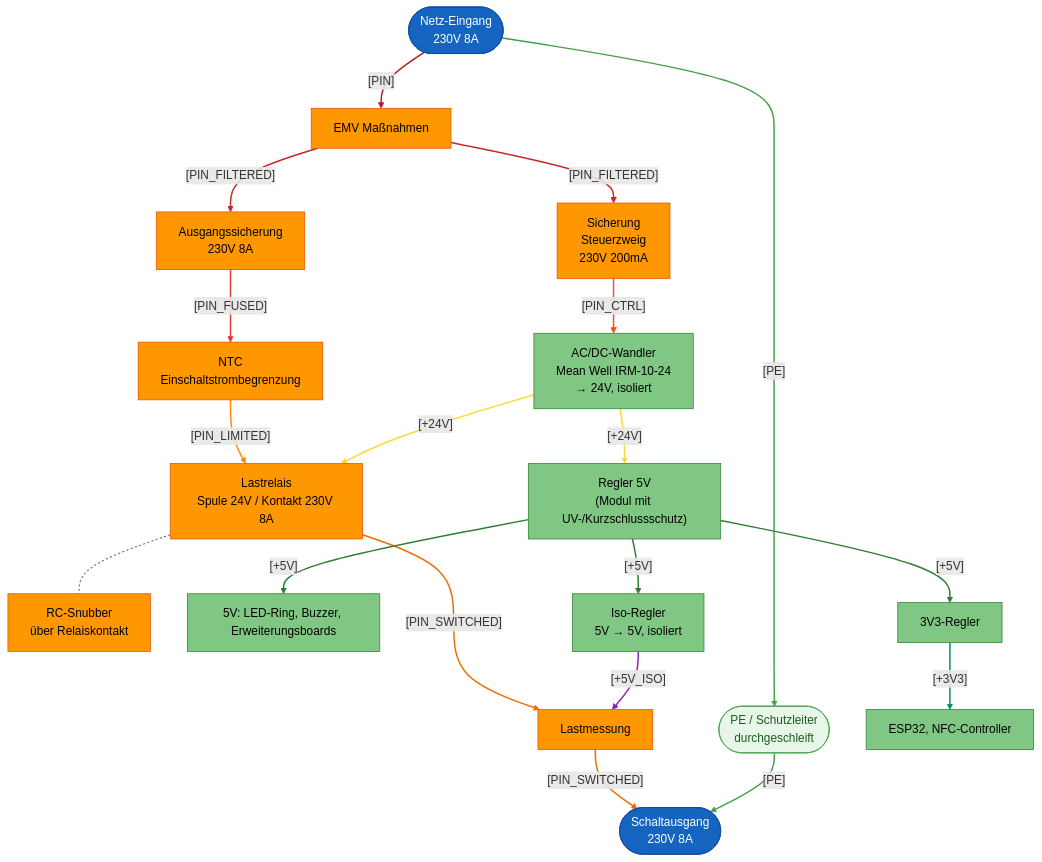
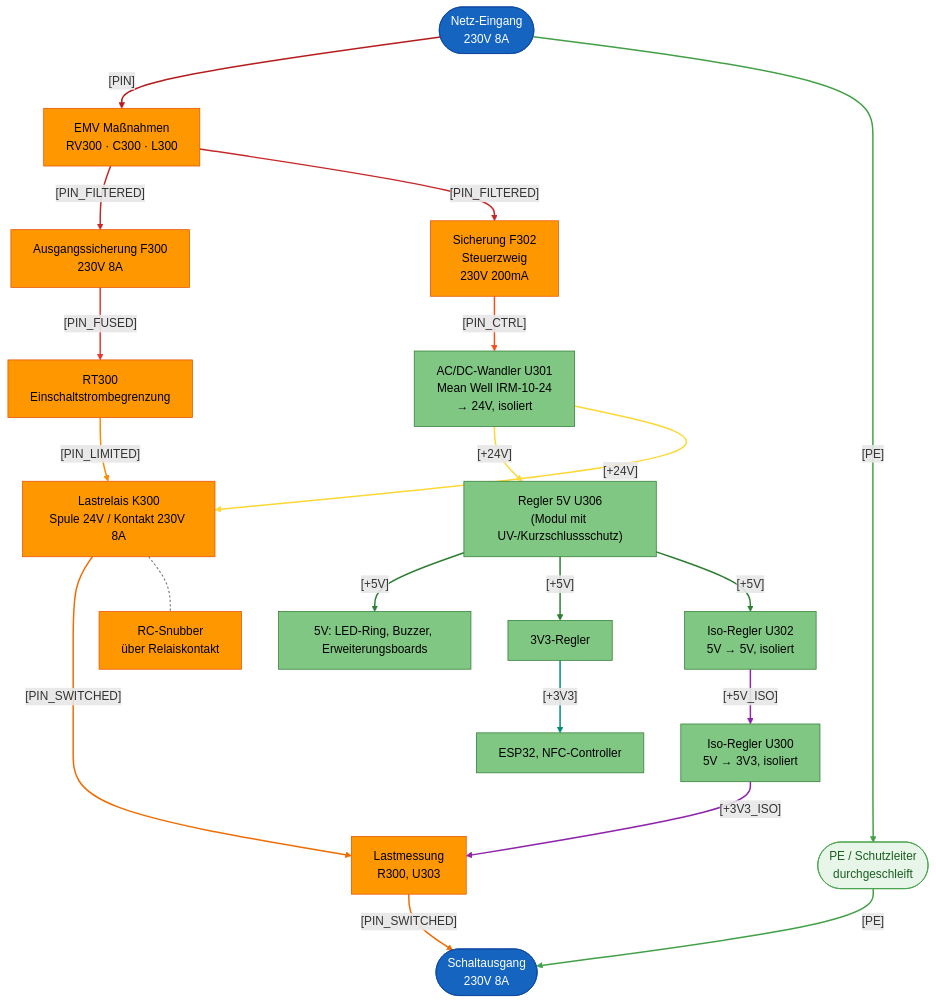
Before and after one commit to FREILab/easyVerwaltungHardware: the second of 3 diagrams in hardware/projects/RFID_BOX/README.md, drawn with Mermaid. The commit also changed other lines of this file and 23 other files, not shown here.

````diff
--- a/hardware/projects/RFID_BOX/README.md
+++ b/hardware/projects/RFID_BOX/README.md
@@ -183,62 +185,64 @@
 ```mermaid
 flowchart TB
     NETZ([Netz-Eingang<br/>230V 8A])
-    EMV["EMV Maßnahmen"]
-    FLAST["Ausgangssicherung<br/>230V 8A"]
-    NTC[NTC<br/>Einschaltstrombegrenzung]
-    REL["Lastrelais<br/>Spule 24V / Kontakt 230V 8A"]
+    EMV["EMV Maßnahmen<br/>RV300 · C300 · L300"]
+    FLAST["Ausgangssicherung F300<br/>230V 8A"]
+    NTC["RT300<br/>Einschaltstrombegrenzung"]
+    REL["Lastrelais K300<br/>Spule 24V / Kontakt 230V 8A"]
     SNUB["RC-Snubber<br/>über Relaiskontakt"]
-    MESS[Lastmessung]
+    MESS["Lastmessung<br/>R300, U303"]
     OUT([Schaltausgang <br/>230V 8A])
     PE([PE / Schutzleiter<br/>durchgeschleift])
 
-    FSTEUER[Sicherung<br/>Steuerzweig<br/>230V 200mA]
-    ACDC["AC/DC-Wandler<br/>Mean Well IRM-10-24<br/>→ 24V, isoliert"]
-    REG5V["Regler 5V<br/>(Modul mit UV-/Kurzschlussschutz)"]
+    FSTEUER["Sicherung F302<br/>Steuerzweig<br/>230V 200mA"]
+    ACDC["AC/DC-Wandler U301<br/>Mean Well IRM-10-24<br/>→ 24V, isoliert"]
+    REG5V["Regler 5V U306<br/>(Modul mit UV-/Kurzschlussschutz)"]
     V5[5V: LED-Ring, Buzzer, Erweiterungsboards]
     V33[3V3-Regler]
     LOGIK[ESP32, NFC-Controller]
-    ISO5V["Iso-Regler<br/>5V → 5V, isoliert"]
+    ISO5V["Iso-Regler U302<br/>5V → 5V, isoliert"]
+    V33ISO["Iso-Regler U300<br/>5V → 3V3, isoliert"]
 
     NETZ -->|"[PIN]"| EMV
     EMV -->|"[PIN_FILTERED]"| FLAST
     FLAST -->|"[PIN_FUSED]"| NTC
     NTC -->|"[PIN_LIMITED]"| REL
     REL -->|"[PIN_SWITCHED]"| MESS
     MESS -->|"[PIN_SWITCHED]"| OUT
     REL -.- SNUB
     EMV -->|"[PIN_FILTERED]"| FSTEUER
     FSTEUER -->|"[PIN_CTRL]"| ACDC
     ACDC -->|"[+24V]"| REG5V
     ACDC -->|"[+24V]"| REL
     REG5V -->|"[+5V]"| V5
     REG5V -->|"[+5V]"| V33
     V33 -->|"[+3V3]"| LOGIK
     REG5V -->|"[+5V]"| ISO5V
-    ISO5V -->|"[+5V_ISO]"| MESS
+    ISO5V -->|"[+5V_ISO]"| V33ISO
+    V33ISO -->|"[+3V3_ISO]"| MESS
     NETZ -->|"[PE]"| PE
     PE -->|"[PE]"| OUT
 
     linkStyle 0 stroke:#b71c1c,stroke-width:2px
     linkStyle 1,7 stroke:#c62828,stroke-width:2px
     linkStyle 2 stroke:#e53935,stroke-width:2px
     linkStyle 3 stroke:#fb8c00,stroke-width:2px
     linkStyle 4,5 stroke:#ef6c00,stroke-width:2px
     linkStyle 6 stroke:#757575,stroke-width:1.5px,stroke-dasharray:3 3
     linkStyle 8 stroke:#f4511e,stroke-width:2px
     linkStyle 9,10 stroke:#fdd835,stroke-width:2px
     linkStyle 11,12,14 stroke:#2e7d32,stroke-width:2px
     linkStyle 13 stroke:#00897b,stroke-width:2px
-    linkStyle 15 stroke:#8e24aa,stroke-width:2px
-    linkStyle 16,17 stroke:#43a047,stroke-width:2px
+    linkStyle 15,16 stroke:#8e24aa,stroke-width:2px
+    linkStyle 17,18 stroke:#43a047,stroke-width:2px
 
     classDef term230 fill:#1565c0,color:#fff,stroke:#0d47a1
     classDef part230 fill:#ff9800,color:#000,stroke:#e65100
     classDef partSELV fill:#81c784,color:#000,stroke:#2e7d32
     classDef pe fill:#e8f5e9,color:#1b5e20,stroke:#43a047
 
     class NETZ,OUT term230
     class FLAST,REL,MESS,FSTEUER,EMV,NTC,SNUB part230
-    class ACDC,REG5V,V5,V33,LOGIK,ISO5V partSELV
+    class ACDC,REG5V,V5,V33,LOGIK,ISO5V,V33ISO partSELV
     class PE pe
 ```
````
